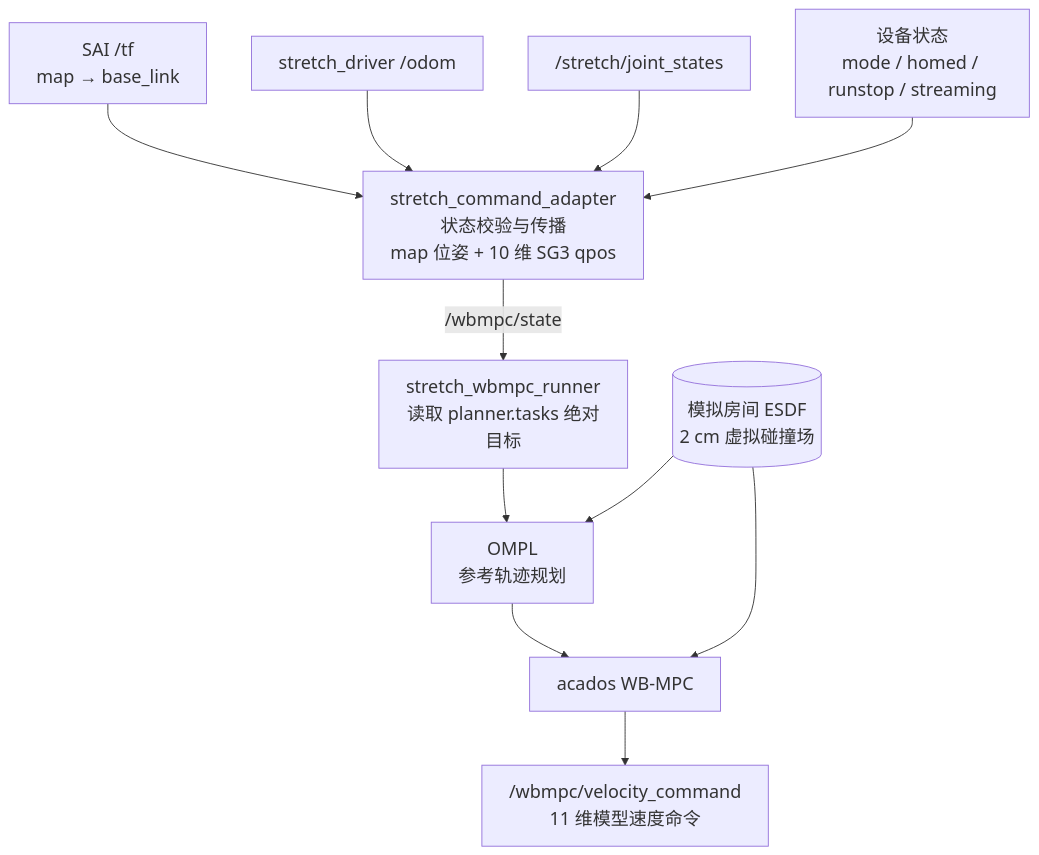
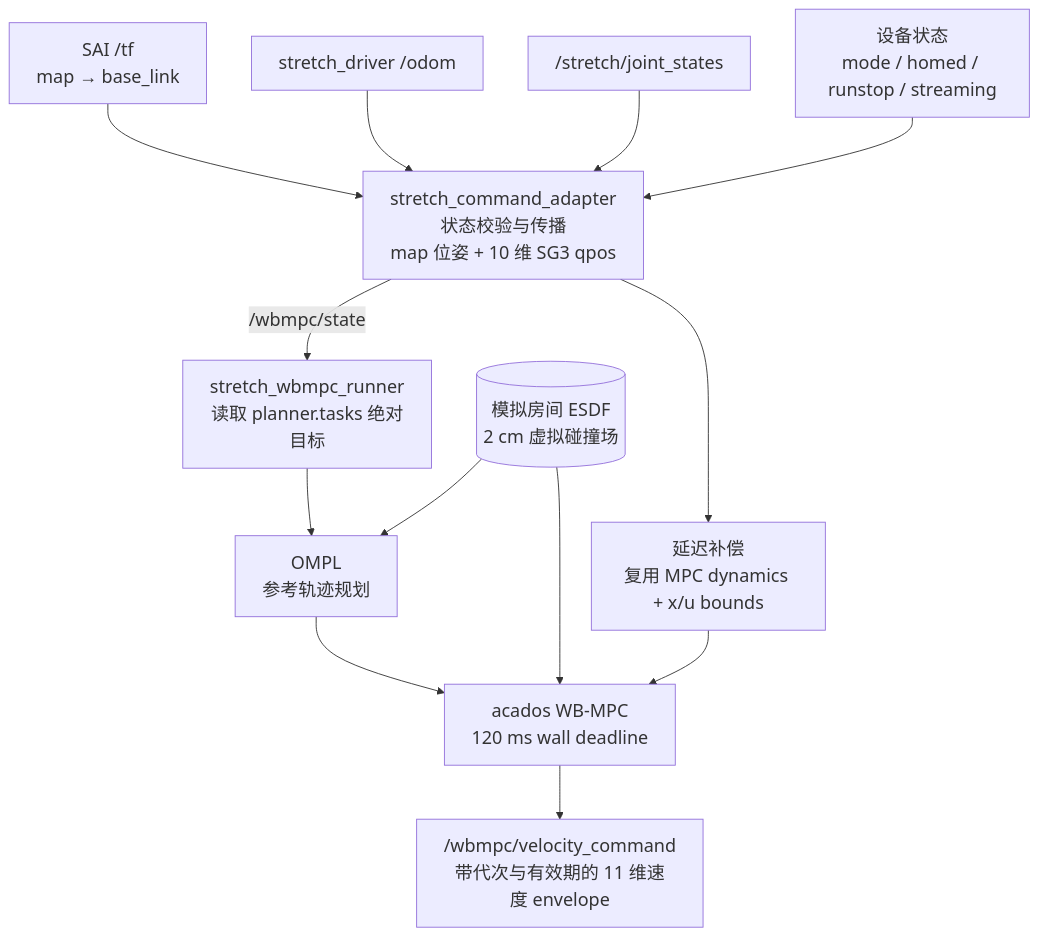
The first of 2 diagrams in real deploy.md (stateirving/mobile_manipulation), drawn with Mermaid before and after one commit. The commit also changed other lines of this file and 7 other files, not shown here.

````diff
--- a/real deploy.md
+++ b/real deploy.md
@@ -19,25 +19,28 @@
 ```mermaid
 %%{init: {"themeVariables": {"fontSize": "20px"}, "flowchart": {"useMaxWidth": true, "nodeSpacing": 50, "rankSpacing": 60}}}%%
 flowchart TB
     TF["SAI /tf<br/>map → base_link"]
     ODOM["stretch_driver /odom"]
     JS["/stretch/joint_states"]
     HEALTH["设备状态<br/>mode / homed / runstop / streaming"]
     STATE["stretch_command_adapter<br/>状态校验与传播<br/>map 位姿 + 10 维 SG3 qpos"]
     REL["stretch_wbmpc_runner<br/>读取 planner.tasks 绝对目标"]
     OMPL["OMPL<br/>参考轨迹规划"]
     ESDF[("模拟房间 ESDF<br/>2 cm 虚拟碰撞场")]
-    MPC["acados WB-MPC"]
-    CMD["/wbmpc/velocity_command<br/>11 维模型速度命令"]
+    PRED["延迟补偿<br/>复用 MPC dynamics + x/u bounds"]
+    MPC["acados WB-MPC<br/>120 ms wall deadline"]
+    CMD["/wbmpc/velocity_command<br/>带代次与有效期的 11 维速度 envelope"]
 
     TF --> STATE
     ODOM --> STATE
     JS --> STATE
     HEALTH --> STATE
     STATE -->|/wbmpc/state| REL
+    STATE --> PRED
     REL --> OMPL
     ESDF --> OMPL
     ESDF --> MPC
+    PRED --> MPC
     OMPL --> MPC
     MPC --> CMD
 ```
````
